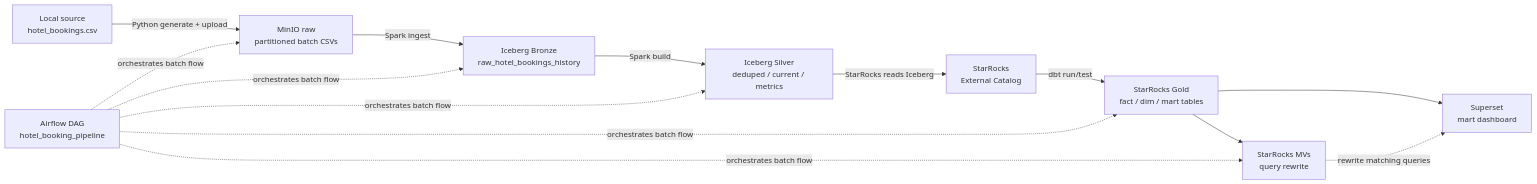
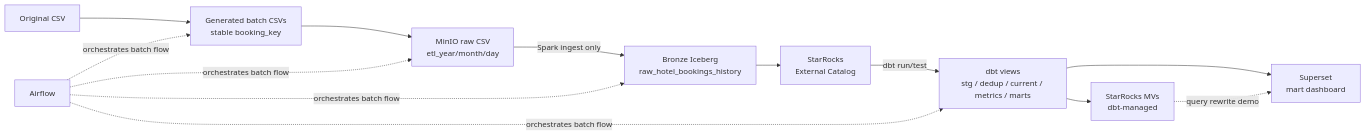
Before and after one commit to tda216/StarRocks_dataflow: the diagram in docs/mentor_report_revised.md, drawn with Mermaid. The commit also changed other lines of this file and 48 other files, not shown here.

````diff
--- a/docs/mentor_report_revised.md
+++ b/docs/mentor_report_revised.md
@@ -21,26 +21,24 @@
 ```mermaid
 flowchart LR
-    A["Local source<br/>hotel_bookings.csv"]
-    B["MinIO raw<br/>partitioned batch CSVs"]
-    C["Iceberg Bronze<br/>raw_hotel_bookings_history"]
-    D["Iceberg Silver<br/>deduped / current / metrics"]
+    A["Original CSV"]
+    B["Generated batch CSVs<br/>stable booking_key"]
+    C["MinIO raw CSV<br/>etl_year/month/day"]
+    D["Bronze Iceberg<br/>raw_hotel_bookings_history"]
     E["StarRocks<br/>External Catalog"]
-    F["StarRocks Gold<br/>fact / dim / mart tables"]
-    G["StarRocks MVs<br/>query rewrite"]
+    F["dbt views<br/>stg / dedup / current / metrics / marts"]
+    G["StarRocks MVs<br/>dbt-managed"]
     H["Superset<br/>mart dashboard"]
 
-    A -- "Python generate + upload" --> B
-    B -- "Spark ingest" --> C
-    C -- "Spark build" --> D
-    D -- "StarRocks reads Iceberg" --> E
+    A --> B --> C
+    C -- "Spark ingest only" --> D
+    D --> E
     E -- "dbt run/test" --> F
     F --> H
     F --> G
-    G -. "rewrite matching queries" .-> H
+    G -. "query rewrite demo" .-> H
 
-    O["Airflow DAG<br/>hotel_booking_pipeline"] -. "orchestrates batch flow" .-> B
+    O["Airflow"] -. "orchestrates batch flow" .-> B
     O -. "orchestrates batch flow" .-> C
     O -. "orchestrates batch flow" .-> D
     O -. "orchestrates batch flow" .-> F
-    O -. "orchestrates batch flow" .-> G
 ```
````
